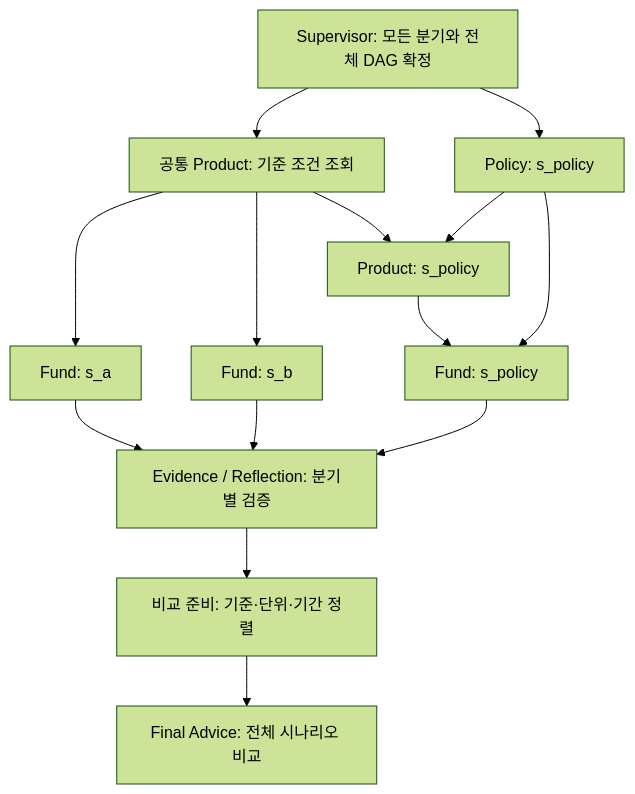
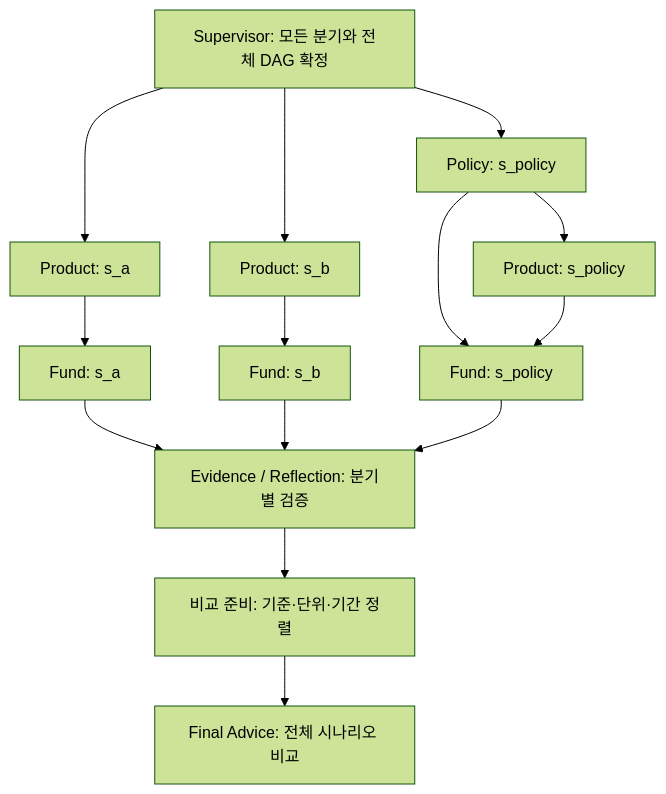
Before and after one commit to encore-ai-campus/mle-01-final-team1: the third of 3 diagrams in docs/Supervisor_Developer_Guide.md, drawn with Mermaid (forest theme). The commit also changed other lines of this file and 6 other files, not shown here.

````diff
--- a/docs/Supervisor_Developer_Guide.md
+++ b/docs/Supervisor_Developer_Guide.md
@@ -274,16 +276,16 @@
 ```mermaid
 flowchart TD
-    S[Supervisor: 모든 분기와 전체 DAG 확정] --> C[공통 Product: 기준 조건 조회]
+    S[Supervisor: 모든 분기와 전체 DAG 확정] --> PA[Product: s_a]
+    S --> PB[Product: s_b]
     S --> P[Policy: s_policy]
-    C --> A[Fund: s_a]
-    C --> B[Fund: s_b]
-    C --> PR[Product: s_policy]
-    P --> PR
+    PA --> A[Fund: s_a]
+    PB --> B[Fund: s_b]
+    P --> PR[Product: s_policy]
     P --> F[Fund: s_policy]
     PR --> F
     A --> V[Evidence / Reflection: 분기별 검증]
     B --> V
     F --> V
     V --> K[비교 준비: 기준·단위·기간 정렬]
     K --> Z[Final Advice: 전체 시나리오 비교]
 ```
````
